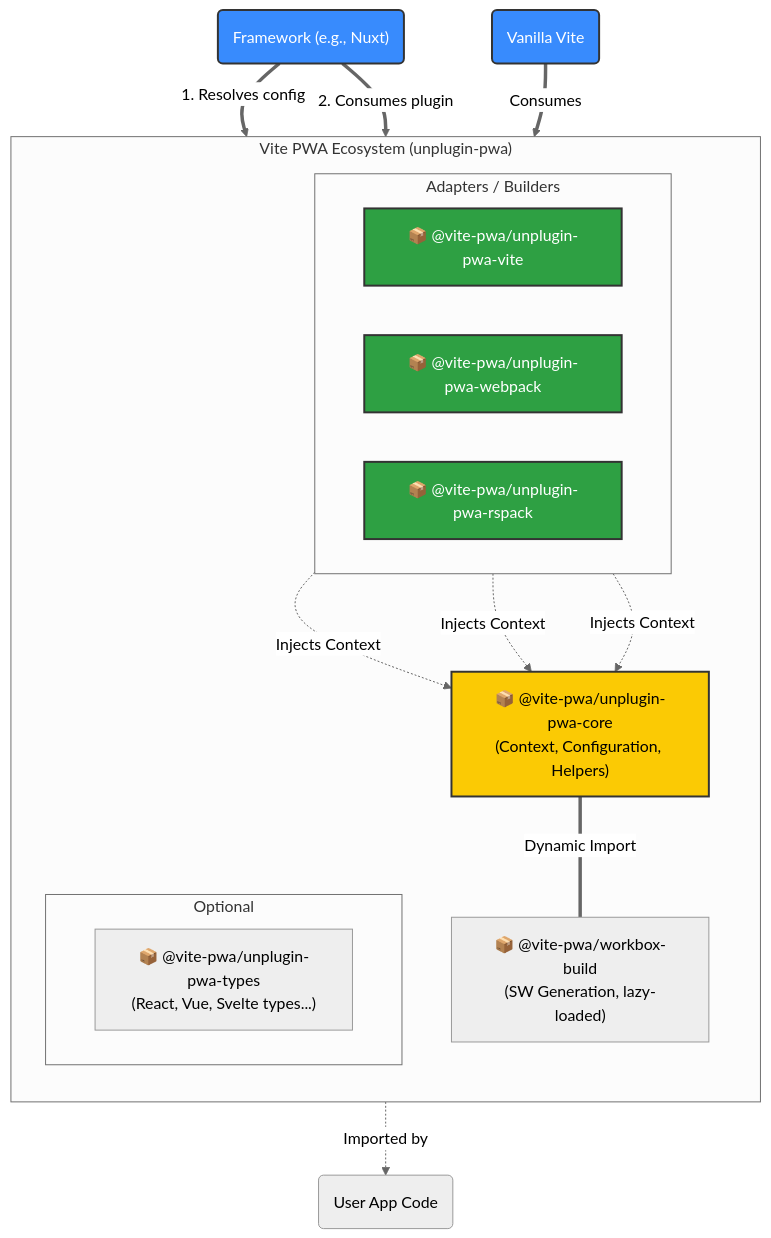
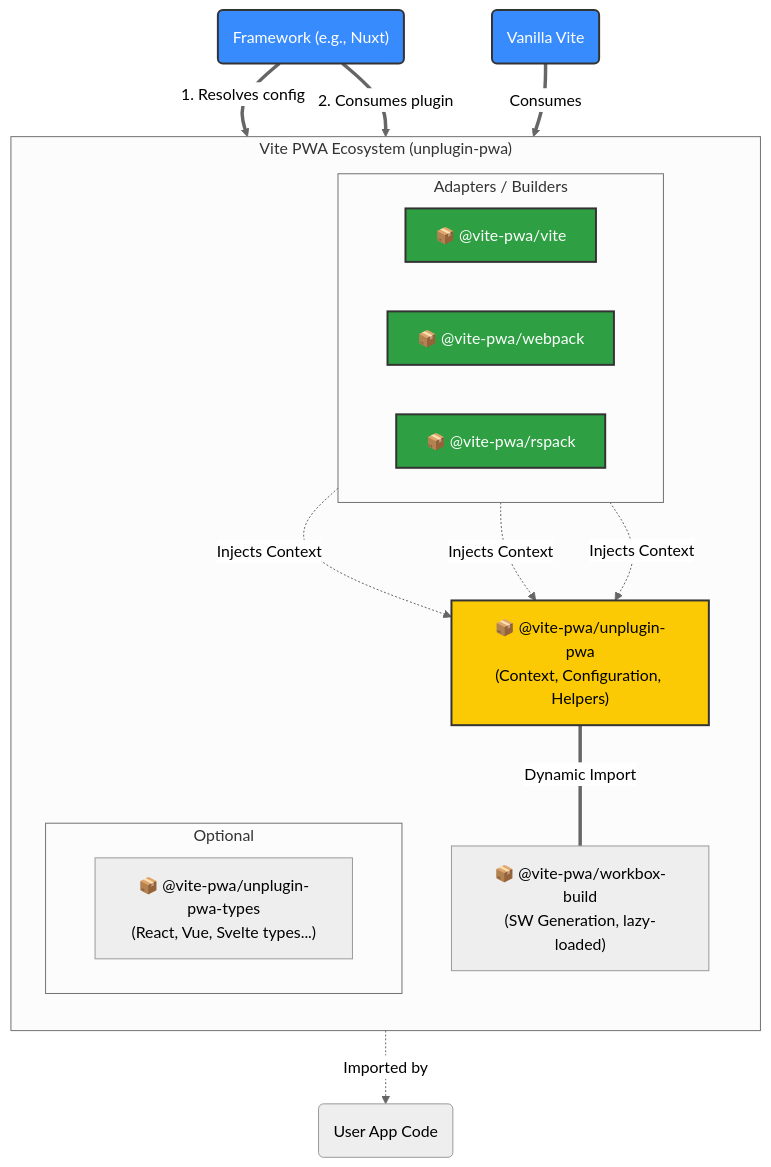
One commit to vite-pwa/unplugin-pwa changed the first of 3 diagrams in ARCHITECTURE.md. Above: the diagram before and after it, drawn with Mermaid (neutral theme). The commit also changed other lines of this file, not shown here.

````diff
--- a/ARCHITECTURE.md
+++ b/ARCHITECTURE.md
@@ -3,42 +3,42 @@
 ```mermaid
 graph TD
     subgraph Monorepo ["Vite PWA Ecosystem (unplugin-pwa)"]
         direction TB
 
-        Core["📦 @vite-pwa/unplugin-pwa-core<br/>(Context, Configuration, Helpers)"]
+        Core["📦 @vite-pwa/unplugin-pwa<br/>(Context, Configuration, Helpers)"]
         WB["📦 @vite-pwa/workbox-build<br/>(SW Generation, lazy-loaded)"]
 
         subgraph Builders ["Adapters / Builders"]
             direction LR
-            Vite["📦 @vite-pwa/unplugin-pwa-vite"]
-            Webpack["📦 @vite-pwa/unplugin-pwa-webpack"]
-            Rspack["📦 @vite-pwa/unplugin-pwa-rspack"]
+            Vite["📦 @vite-pwa/vite"]
+            Webpack["📦 @vite-pwa/webpack"]
+            Rspack["📦 @vite-pwa/rspack"]
         end
 
         subgraph Extras ["Optional"]
             direction LR
             Client["📦 @vite-pwa/unplugin-pwa-types<br/>(React, Vue, Svelte types...)"]
         end
 
     %% Internal Relations
         Vite -. "Injects Context" .-> Core
         Webpack -. "Injects Context" .-> Core
         Rspack -. "Injects Context" .-> Core
 
         Core == "Dynamic Import" === WB
     end
 
 %% External Consumers
     Nuxt("Framework (e.g., Nuxt)") ==>|1. Resolves config| Core
     Nuxt ==>|2. Consumes plugin| Vite
     Vanilla("Vanilla Vite") ==>|Consumes| Vite
     Client -. "Imported by" .-> App("User App Code")
 
     classDef core fill:#fbca04,stroke:#333,stroke-width:2px,color:black;
     classDef builder fill:#2ea043,stroke:#333,stroke-width:2px,color:white;
     classDef framework fill:#388bfd,stroke:#333,stroke-width:2px,color:white;
 
     class Core core;
     class Vite,Webpack,Rspack builder;
     class Nuxt,Vanilla framework;
 ```
````
